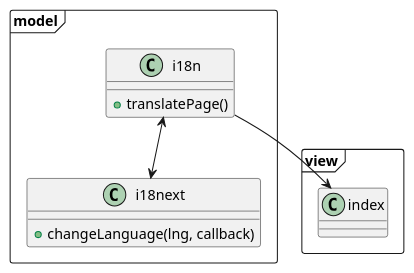
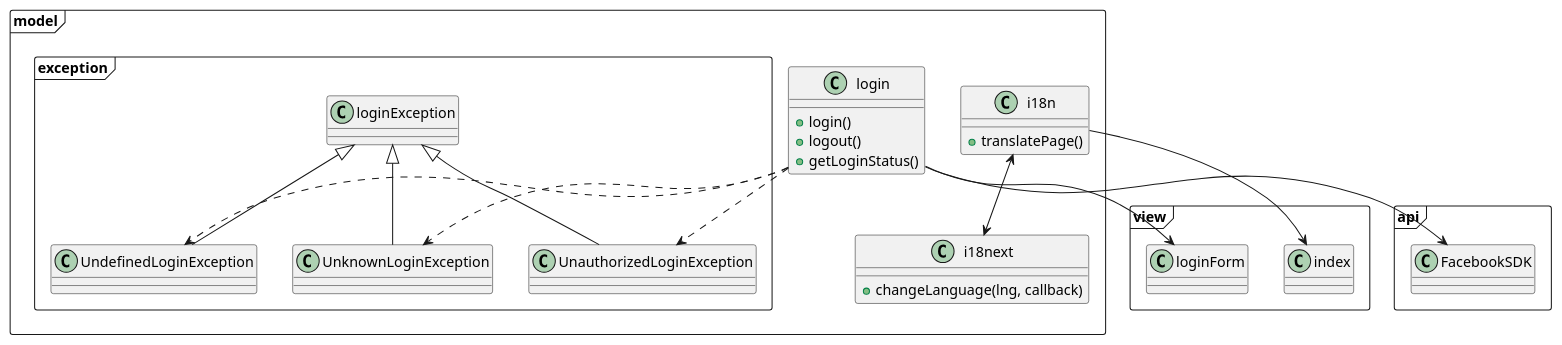
The diagram in src/diagrams/classDiagram.puml (CPNV-RIA1/RentABike), drawn with PlantUML before and after one commit. The commit also changed 1 other file, not shown here.

```diff
--- a/src/diagrams/classDiagram.puml
+++ b/src/diagrams/classDiagram.puml
@@ -1,21 +1,49 @@
 @startuml
 'https://plantuml.com/class-diagram
 
 
 package model <<Frame>> {
   class i18n {
     + translatePage()
   }
   class i18next {
     + changeLanguage(lng, callback)
   }
+  class login {
+    + login()
+    + logout()
+    + getLoginStatus()
+  }
+  package exception <<Frame>> {
+    class loginException {
+    }
+    class UnauthorizedLoginException {
+    }
+    class UndefinedLoginException {
+    }
+    class UnknownLoginException {
+    }
+  }
 }
 
 i18n <--> i18next
 package view <<Frame>> {
     class index {
     }
+    class loginForm {
+    }
 }
 i18n --> index
 
+package api <<Frame>> {
+  class FacebookSDK{}
+}
+loginException <|-- UnauthorizedLoginException
+loginException <|-- UndefinedLoginException
+loginException <|-- UnknownLoginException
+login ..> UnauthorizedLoginException
+login ..> UndefinedLoginException
+login ..> UnknownLoginException
+login --> FacebookSDK
+loginForm <-- login
 @enduml
```
